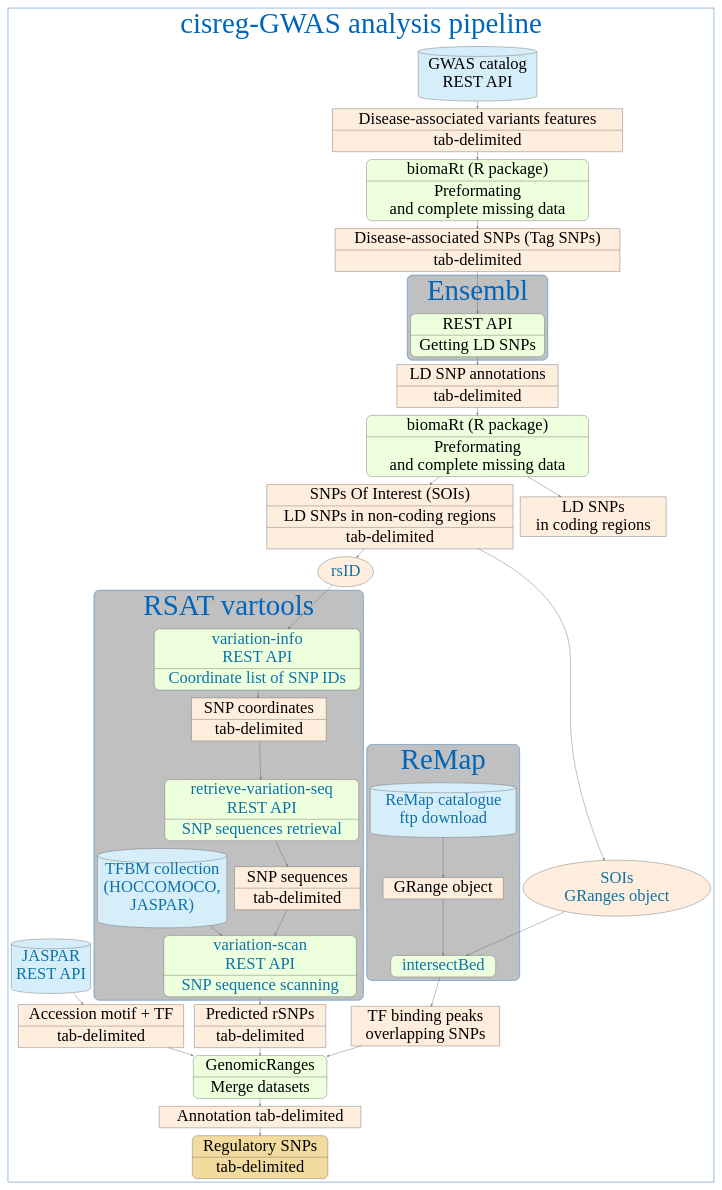
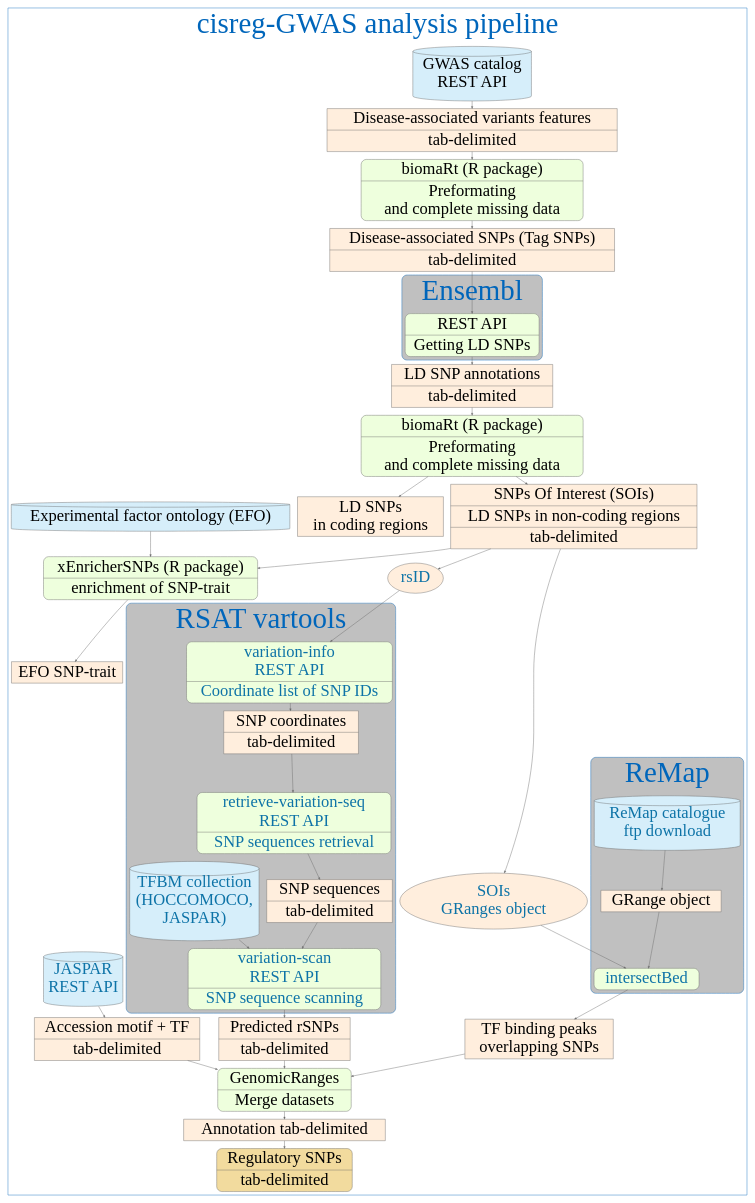
One commit to YvonFrid/cisreg-GWAS changed the diagram in cisreg-GWAS_wf/flowchart/cisreg-GWAS.dot. Above: the diagram before and after it, drawn with Graphviz. The commit also changed 1 other file, not shown here.

Commit message:
'Updated the flowchart'

```diff
--- a/cisreg-GWAS_wf/flowchart/cisreg-GWAS.dot
+++ b/cisreg-GWAS_wf/flowchart/cisreg-GWAS.dot
@@ -72,7 +72,27 @@
 	 style="filled", 
 	 fillcolor="#FFEEDD",
 	 label="{LD SNPs \n in coding regions}"]
+	 
+	 efo [shape = "cylinder", 
+	 style = "rounded,filled", 
+	 fillcolor = "#D6EEFA", 
+	 label = "Experimental factor ontology (EFO)", 
+	 URL = "https://www.ebi.ac.uk/efo/"];
+	 
+	 
+	 xgr [shape="record", 
+	 style="rounded,filled", 
+	 fillcolor="#EEFFDD", 
+	 label="{xEnricherSNPs (R package) | enrichment of SNP-trait}"]
 		
+efo -> xgr
+SOI -> xgr
+xgr -> snpTrait
+
+snpTrait [shape="record", 
+	 style="filled", 
+	 fillcolor="#FFEEDD",
+	 label="{EFO SNP-trait}"]
 
 SOI -> SOIsGRange
 SOI -> rsid
```
